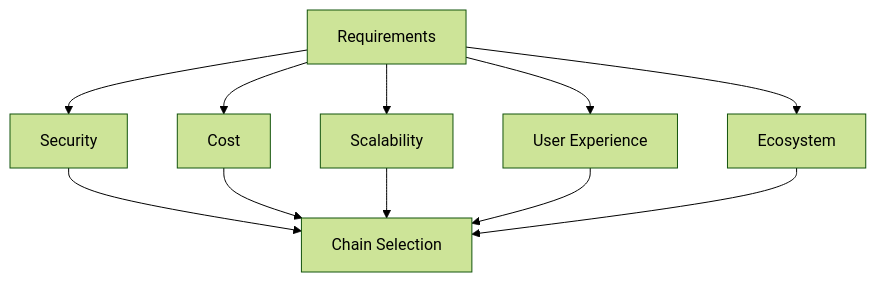
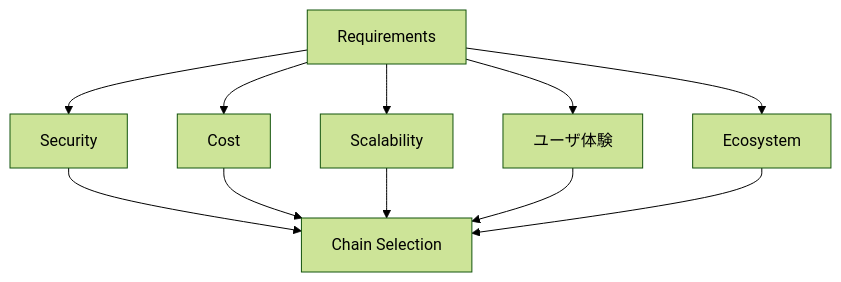
Before and after one commit to ShigeichiroYamasaki/creator-first-platform: diagram 24 of 27 in docs/whitepaper/04-platform-architecture.md, drawn with Mermaid (forest theme). The commit also changed other lines of this file and 67 other files, not shown here.

````diff
--- a/docs/whitepaper/04-platform-architecture.md
+++ b/docs/whitepaper/04-platform-architecture.md
@@ -768,15 +768,15 @@
 ```mermaid
 flowchart TD
     REQUIRE[Requirements]
     REQUIRE --> SEC[Security]
     REQUIRE --> COST[Cost]
     REQUIRE --> SCALE[Scalability]
-    REQUIRE --> UX[User Experience]
+    REQUIRE --> UX[ユーザ体験]
     REQUIRE --> ECOSYSTEM[Ecosystem]
 
     SEC --> SELECT[Chain Selection]
     COST --> SELECT
     SCALE --> SELECT
     UX --> SELECT
     ECOSYSTEM --> SELECT
 ```
````
